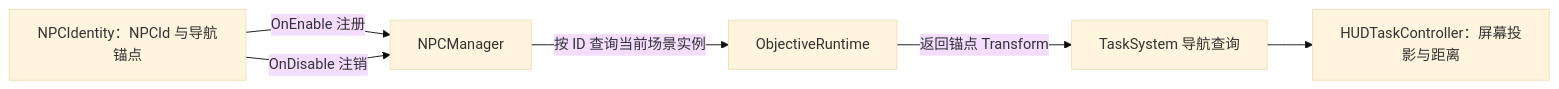
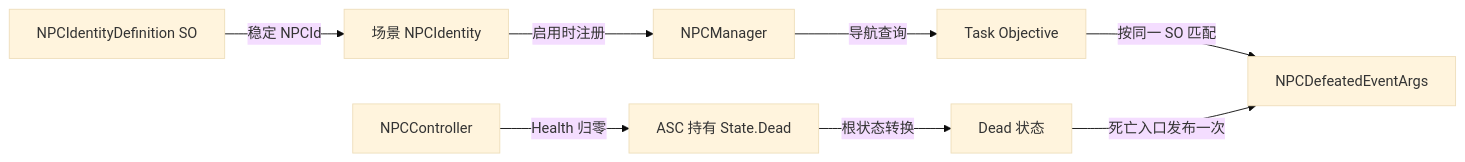
Before and after one commit to Whitesheeeep/3DRPG: the first of 2 diagrams in Assets/Scripts/NPC/NPC_README.md, drawn with Mermaid (base theme). The commit also changed other lines of this file and 30 other files, not shown here.

````diff
--- a/Assets/Scripts/NPC/NPC_README.md
+++ b/Assets/Scripts/NPC/NPC_README.md
@@ -5,8 +5,10 @@
 ```mermaid
 flowchart LR
-    Identity[NPCIdentity：NPCId 与导航锚点] -->|OnEnable 注册| Manager[NPCManager]
-    Manager -->|按 ID 查询当前场景实例| Runtime[ObjectiveRuntime]
-    Runtime -->|返回锚点 Transform| Task[TaskSystem 导航查询]
-    Task --> HUD[HUDTaskController：屏幕投影与距离]
-    Identity -->|OnDisable 注销| Manager
+    SO["NPCIdentityDefinition SO"] -->|稳定 NPCId| Identity["场景 NPCIdentity"]
+    Identity -->|启用时注册| Manager[NPCManager]
+    Objective["Task Objective"] -->|按同一 SO 匹配| Event["NPCDefeatedEventArgs"]
+    Controller[NPCController] -->|Health 归零| ASC["ASC 持有 State.Dead"]
+    ASC -->|根状态转换| Dead["Dead 状态"]
+    Dead -->|死亡入口发布一次| Event
+    Manager -->|导航查询| Objective
 ```
````
